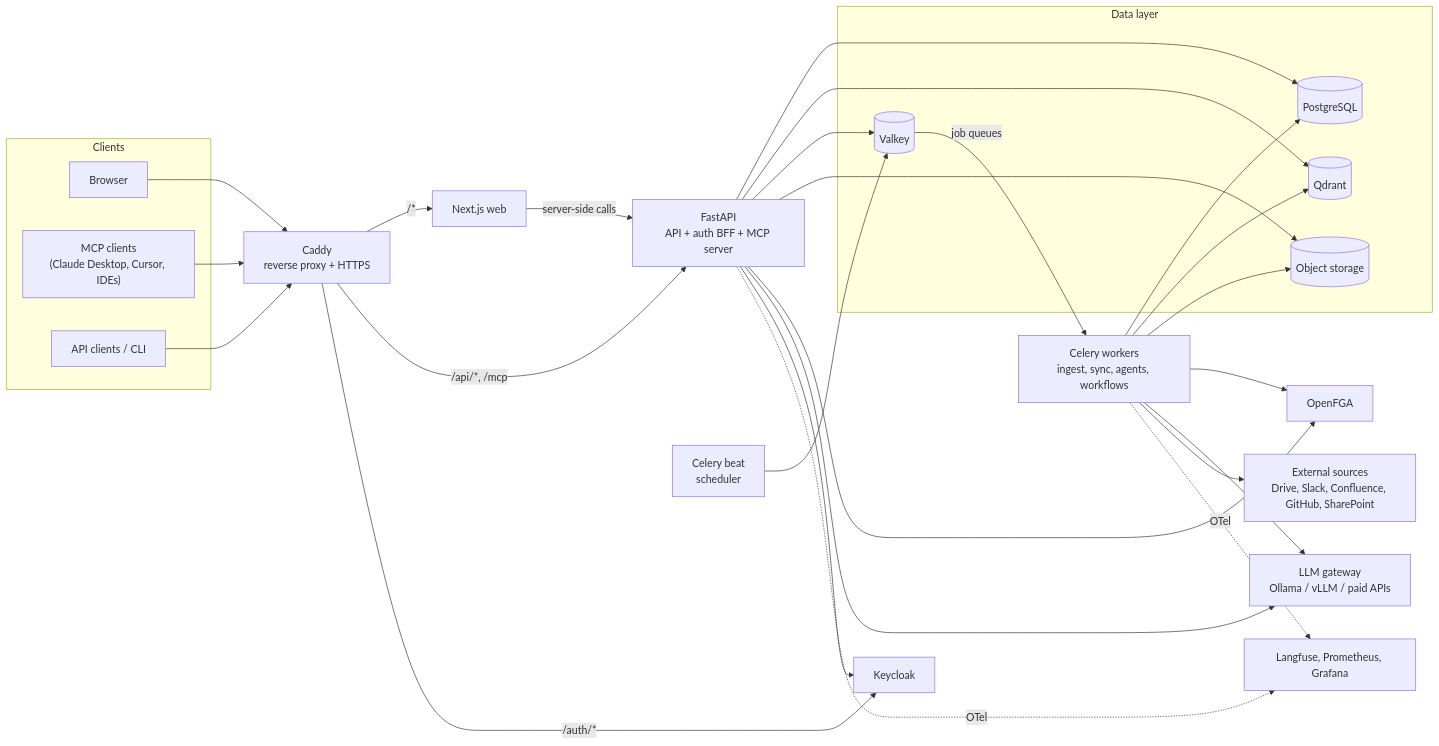
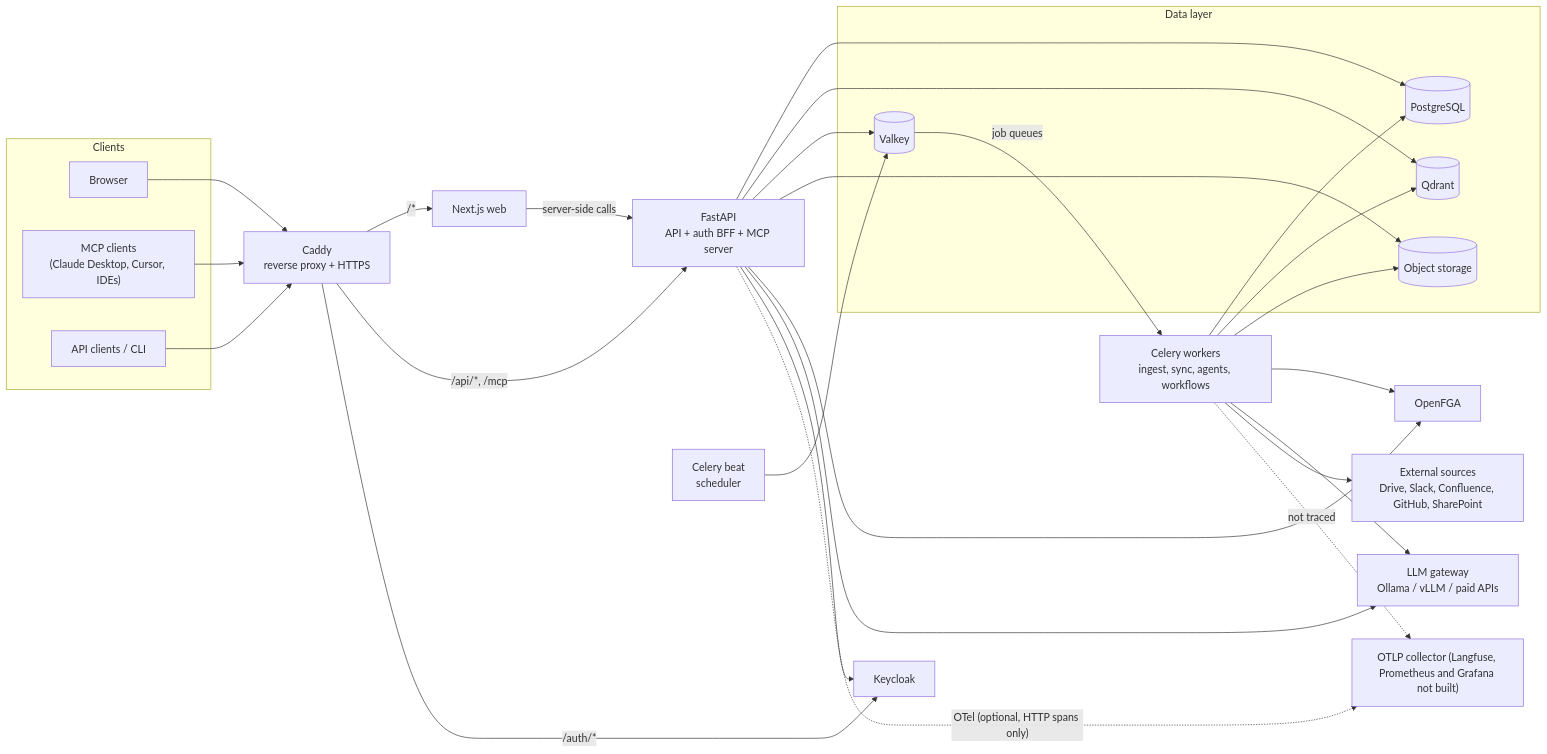
One commit to MatamDinesh0802/NeedWise changed the first of 5 diagrams in docs/ARCHITECTURE.md. Above: the diagram before and after it, drawn with Mermaid. The commit also changed other lines of this file and 17 other files, not shown here.

````diff
--- a/docs/ARCHITECTURE.md
+++ b/docs/ARCHITECTURE.md
@@ -123,45 +154,45 @@
 ```mermaid
 flowchart LR
   subgraph clients["Clients"]
     BR["Browser"]
     MCPC["MCP clients<br/>(Claude Desktop, Cursor, IDEs)"]
     APIC["API clients / CLI"]
   end
 
   CADDY["Caddy<br/>reverse proxy + HTTPS"]
   BR --> CADDY
   MCPC --> CADDY
   APIC --> CADDY
 
   CADDY -->|"/*"| WEB["Next.js web"]
   CADDY -->|"/api/*, /mcp"| API["FastAPI<br/>API + auth BFF + MCP server"]
   CADDY -->|"/auth/*"| KC["Keycloak"]
   WEB -->|"server-side calls"| API
 
   subgraph data["Data layer"]
     PG[("PostgreSQL")]
     QD[("Qdrant")]
     VK[("Valkey")]
     OBJ[("Object storage")]
   end
 
   API --> PG
   API --> QD
   API --> VK
   API --> OBJ
   API --> FGA["OpenFGA"]
   API --> LLM["LLM gateway<br/>Ollama / vLLM / paid APIs"]
   API --> KC
 
   VK -->|"job queues"| WK["Celery workers<br/>ingest, sync, agents, workflows"]
   SCH["Celery beat<br/>scheduler"] --> VK
   WK --> PG
   WK --> QD
   WK --> OBJ
   WK --> FGA
   WK --> LLM
   WK --> EXT["External sources<br/>Drive, Slack, Confluence, GitHub, SharePoint"]
 
-  API -.->|"OTel"| OBS["Langfuse, Prometheus, Grafana"]
-  WK -.->|"OTel"| OBS
+  API -.->|"OTel (optional, HTTP spans only)"| OBS["OTLP collector (Langfuse, Prometheus and Grafana not built)"]
+  WK -.->|"not traced"| OBS
 ```
````
